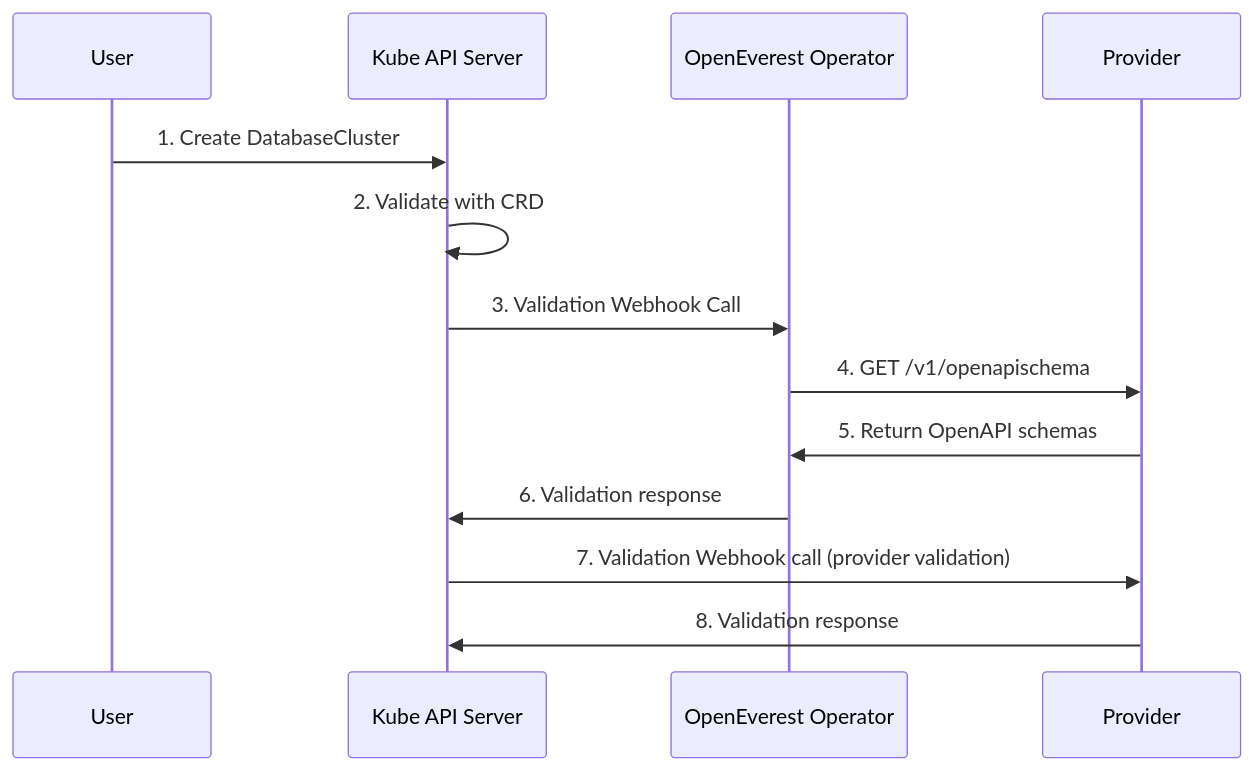
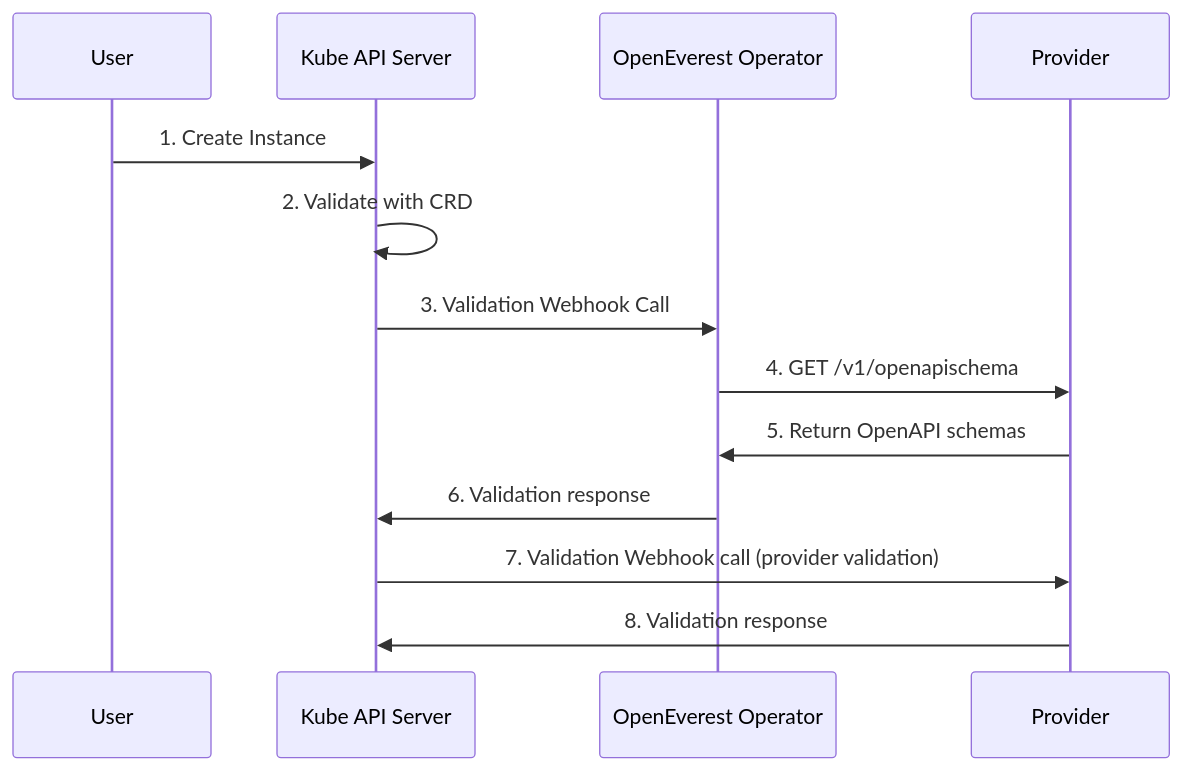
One commit to openeverest/specs changed the second of 2 diagrams in specs/001-plugins-architecture.md. Above: the diagram before and after it, drawn with Mermaid. The commit also changed other lines of this file, not shown here.

Commit message:
Update plugins architecture with recent changes

````diff
--- a/specs/001-plugins-architecture.md
+++ b/specs/001-plugins-architecture.md
@@ -310,16 +431,16 @@
 ```mermaid
 sequenceDiagram
     participant User
     participant KubeAPI as Kube API Server
     participant OpenEverest as OpenEverest Operator
     participant Provider
 
-    User->>KubeAPI: 1. Create DatabaseCluster
+    User->>KubeAPI: 1. Create Instance
     KubeAPI->>KubeAPI: 2. Validate with CRD
     KubeAPI->>OpenEverest: 3. Validation Webhook Call
     OpenEverest->>Provider: 4. GET /v1/openapischema
     Provider->>OpenEverest: 5. Return OpenAPI schemas
     OpenEverest->>KubeAPI: 6. Validation response
     KubeAPI->>Provider: 7. Validation Webhook call (provider validation)
     Provider->>KubeAPI: 8. Validation response
 ```
````
